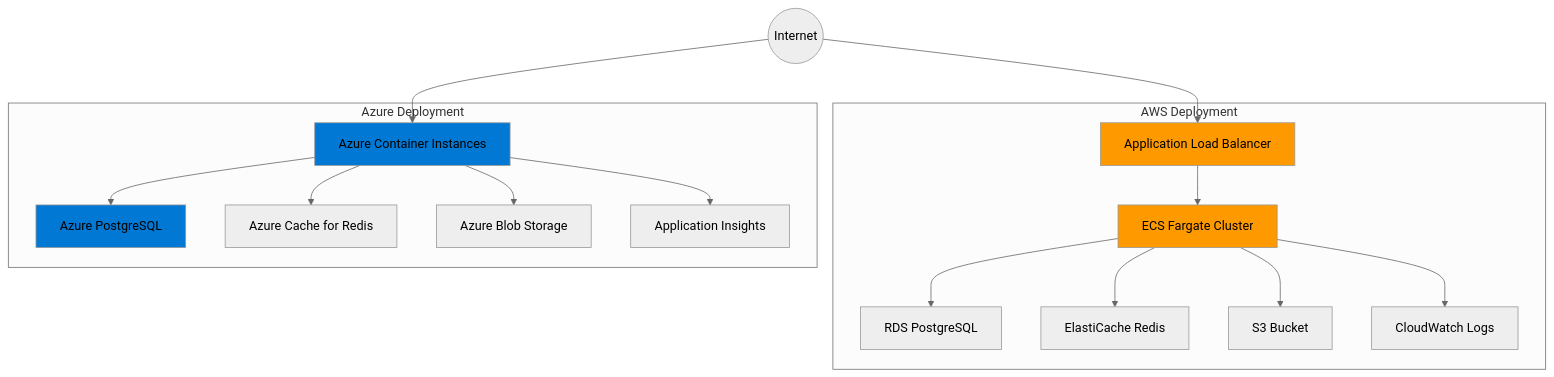
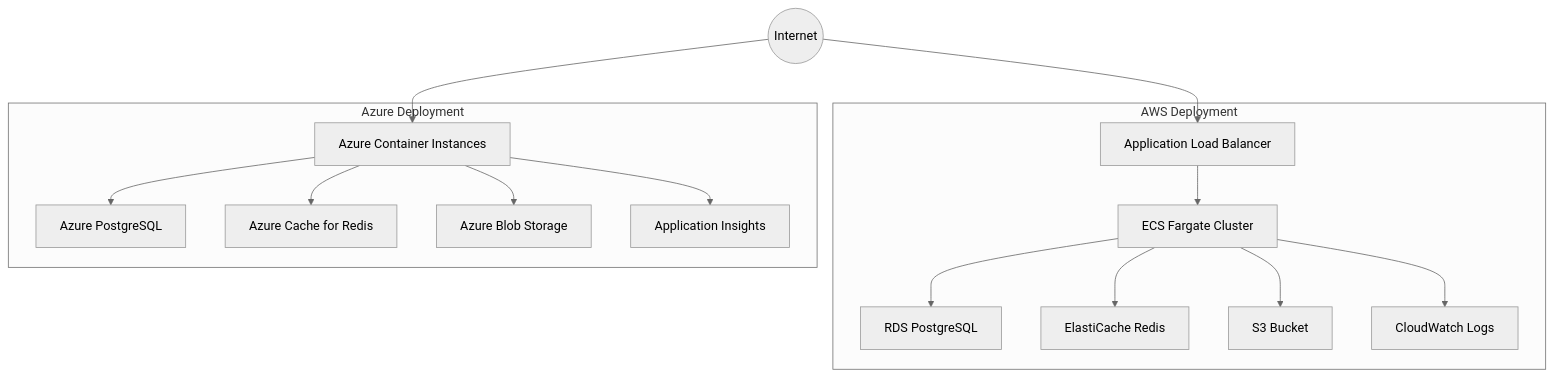
Before and after one commit to hoangsonww/SymptomSync-Health-App: the fifth of 5 diagrams in agentic_ai/README.md, drawn with Mermaid (neutral theme). The commit also changed other lines of this file, not shown here.

Commit message:
remove styles mermaid

````diff
--- a/agentic_ai/README.md
+++ b/agentic_ai/README.md
@@ -200,39 +185,34 @@
 ```mermaid
 graph TB
     subgraph "AWS Deployment"
         ALB[Application Load Balancer]
         ECS[ECS Fargate Cluster]
         RDS[RDS PostgreSQL]
         ElastiCache[ElastiCache Redis]
         S3[S3 Bucket]
         CloudWatch[CloudWatch Logs]
     end
 
     subgraph "Azure Deployment"
         ACI[Azure Container Instances]
         AzureDB[Azure PostgreSQL]
         AzureRedis[Azure Cache for Redis]
         AzureStorage[Azure Blob Storage]
         AppInsights[Application Insights]
     end
 
     Internet((Internet))
 
     Internet --> ALB
     ALB --> ECS
     ECS --> RDS
     ECS --> ElastiCache
     ECS --> S3
     ECS --> CloudWatch
 
     Internet --> ACI
     ACI --> AzureDB
     ACI --> AzureRedis
     ACI --> AzureStorage
     ACI --> AppInsights
-
-    style ALB fill:#ff9900
-    style ECS fill:#ff9900
-    style ACI fill:#0078d4
-    style AzureDB fill:#0078d4
 ```
````
